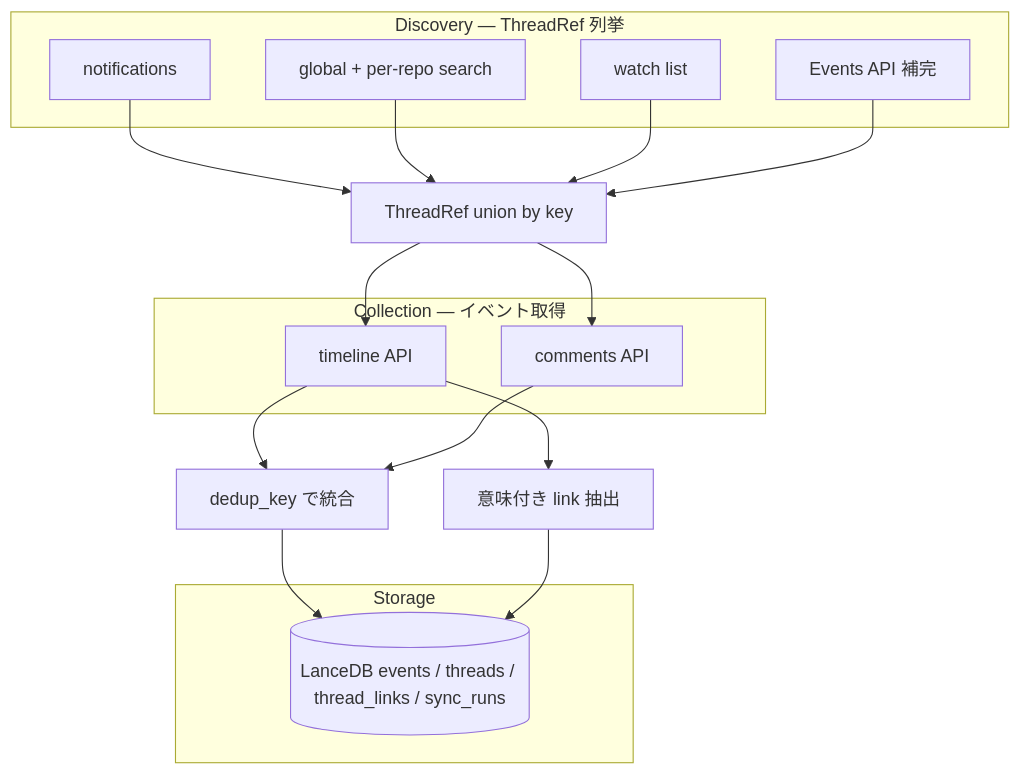
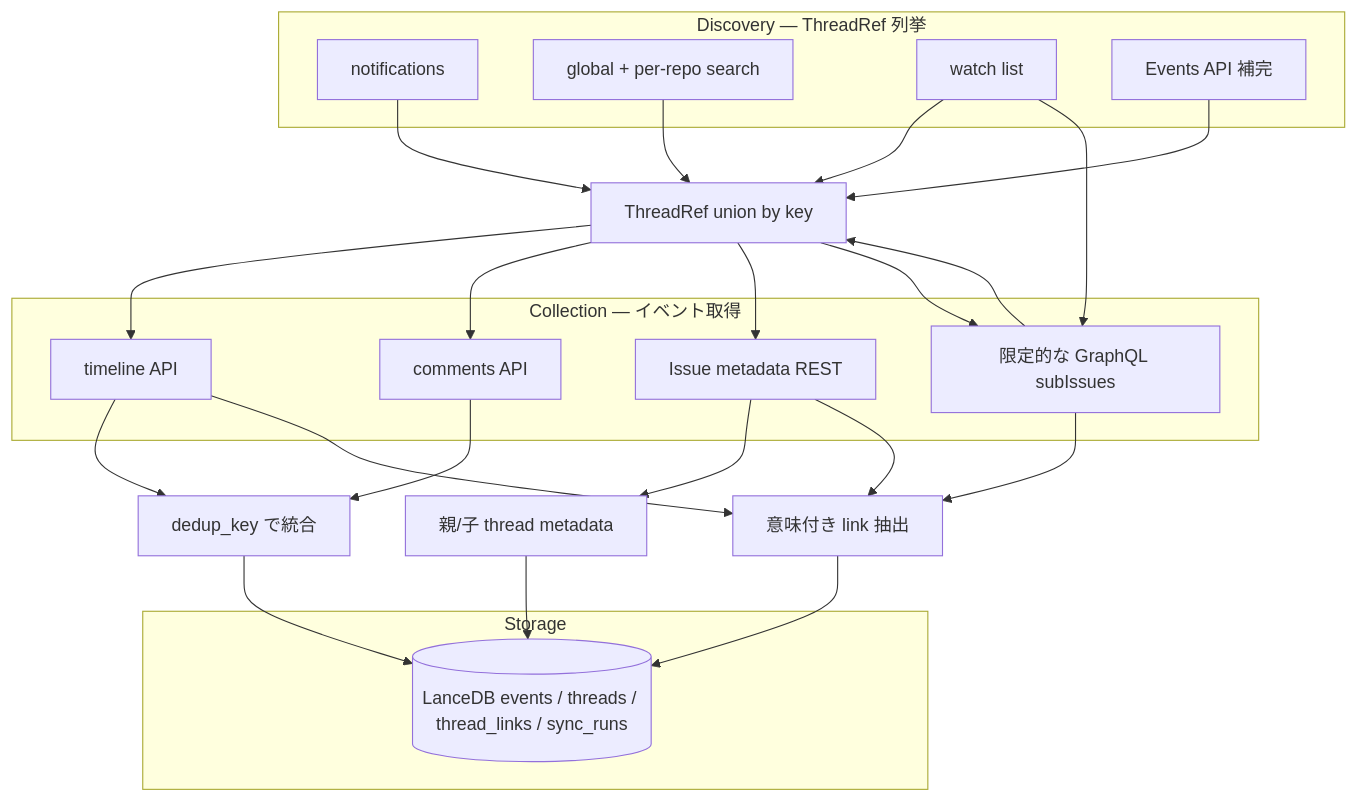
Before and after one commit to otolab/gh-work-track: the diagram in docs/architecture.md, drawn with Mermaid. The commit also changed other lines of this file and 6 other files, not shown here.

Commit message:
feat: discover sub-issue parents from metadata

````diff
--- a/docs/architecture.md
+++ b/docs/architecture.md
@@ -7,27 +7,37 @@
 ```mermaid
 flowchart TB
   subgraph discovery [Discovery — ThreadRef 列挙]
     N[notifications]
     S[global + per-repo search]
     W[watch list]
     E[Events API 補完]
   end
   subgraph collect [Collection — イベント取得]
+    M[Issue metadata REST]
+    G[限定的な GraphQL subIssues]
     T[timeline API]
     C[comments API]
   end
   subgraph store [Storage]
     L[(LanceDB events / threads / thread_links / sync_runs)]
   end
   N --> Union[ThreadRef union by key]
   S --> Union
   W --> Union
   E --> Union
   Union --> T
   Union --> C
+  Union --> M
+  W --> G
+  Union --> G
+  M --> Threads[親/子 thread metadata]
+  M --> Links[metadata parent link]
+  G --> Links
+  G --> Union
+  Threads --> L
   T --> Dedupe[dedup_key で統合]
   C --> Dedupe
   Dedupe --> L
   T --> Links[意味付き link 抽出]
   Links --> L
 ```
````
